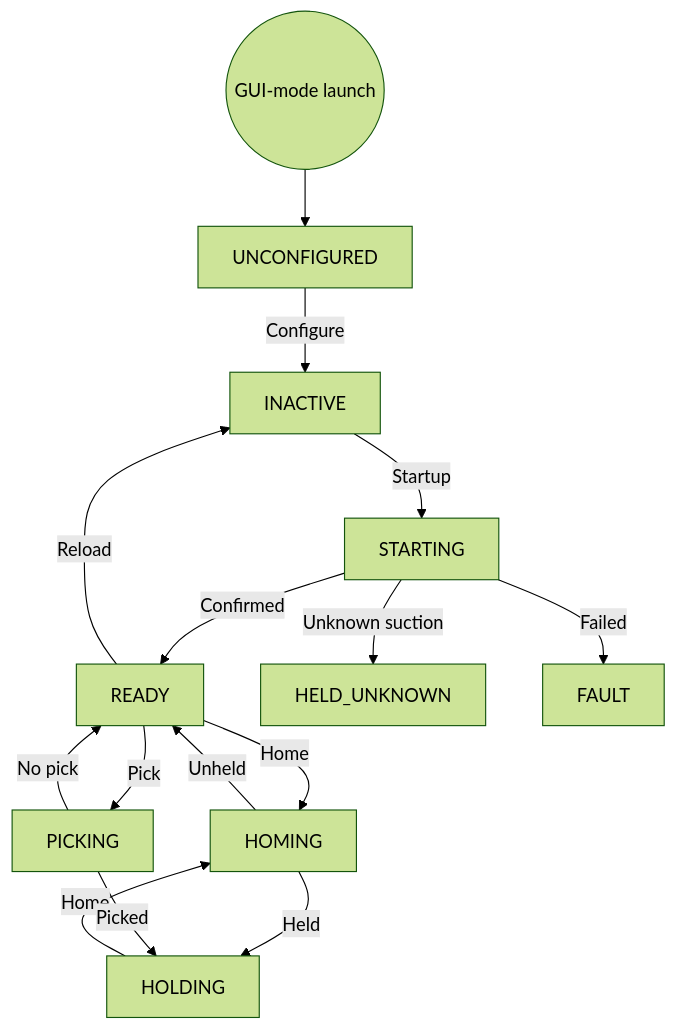
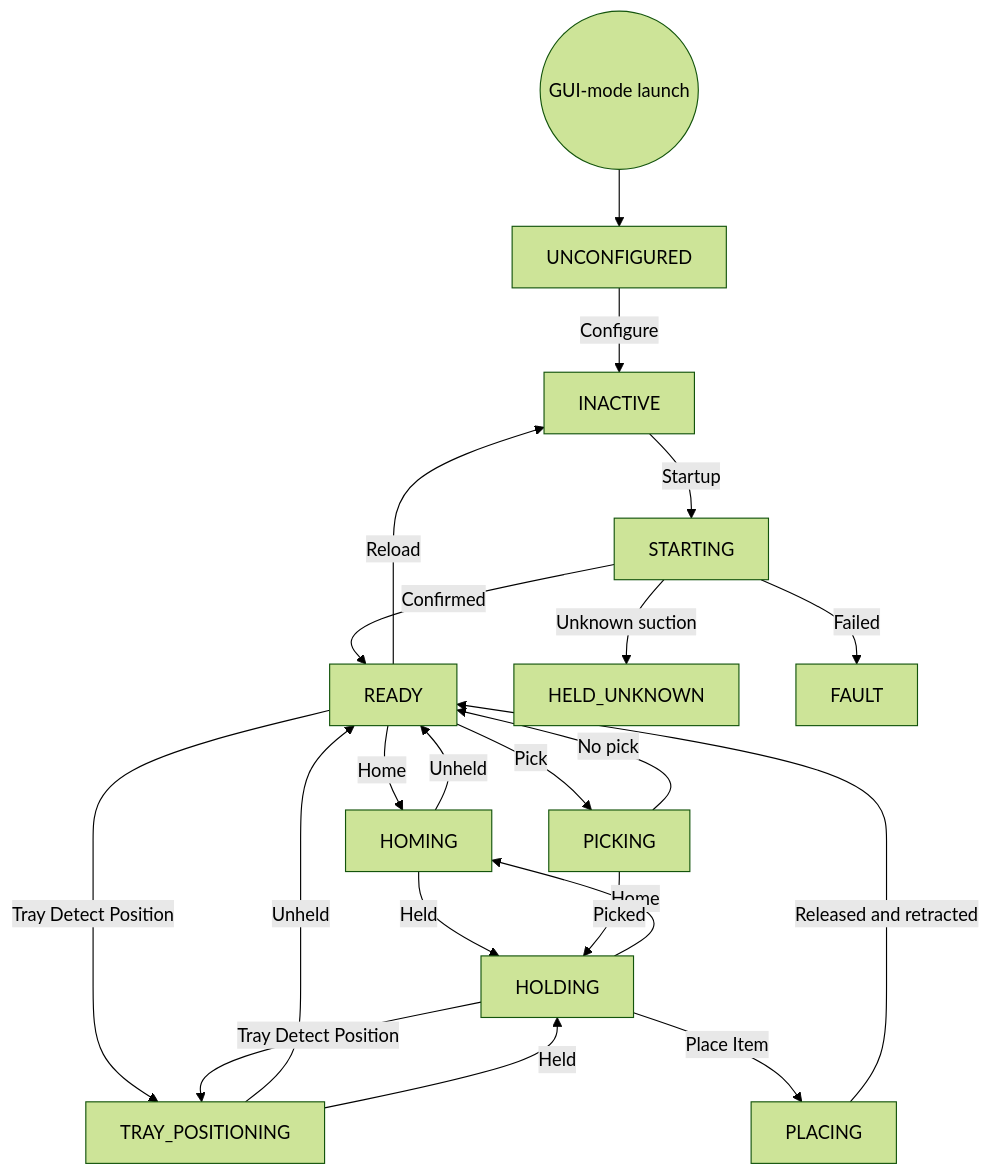
One commit to esgange/dobot_picknplace_yolo changed the first of 7 diagrams in docs/ROBOT_CONTROLLER_FSM.md. Above: the diagram before and after it, drawn with Mermaid (forest theme). The commit also changed other lines of this file and 44 other files, not shown here.

````diff
--- a/docs/ROBOT_CONTROLLER_FSM.md
+++ b/docs/ROBOT_CONTROLLER_FSM.md
@@ -50,17 +58,23 @@
 ```mermaid
 flowchart TD
     Launch((GUI-mode launch)) --> UNCONFIGURED
     UNCONFIGURED -->|Configure| INACTIVE
     INACTIVE -->|Startup| STARTING
     STARTING -->|Confirmed| READY
     READY -->|Reload| INACTIVE
     READY -->|Home| HOMING
     HOMING -->|Unheld| READY
     HOLDING -->|Home| HOMING
     HOMING -->|Held| HOLDING
     READY -->|Pick| PICKING
     PICKING -->|Picked| HOLDING
     PICKING -->|No pick| READY
+    READY -->|Tray Detect Position| TRAY_POSITIONING
+    HOLDING -->|Tray Detect Position| TRAY_POSITIONING
+    TRAY_POSITIONING -->|Unheld| READY
+    TRAY_POSITIONING -->|Held| HOLDING
+    HOLDING -->|Place Item| PLACING
+    PLACING -->|Released and retracted| READY
     STARTING -->|Unknown suction| HELD_UNKNOWN
     STARTING -->|Failed| FAULT
 ```
````
